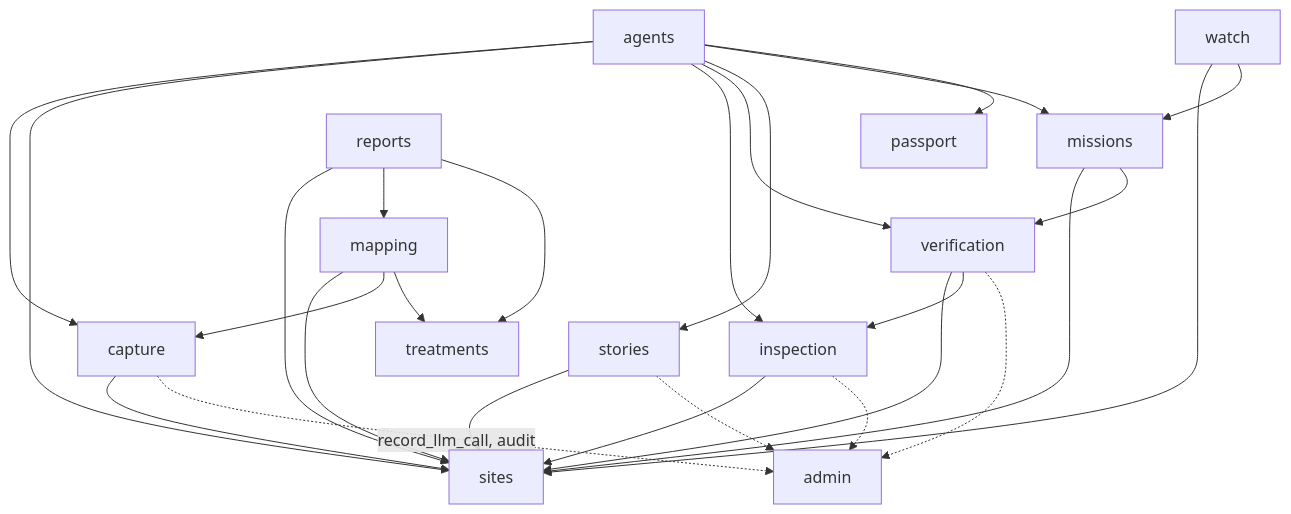
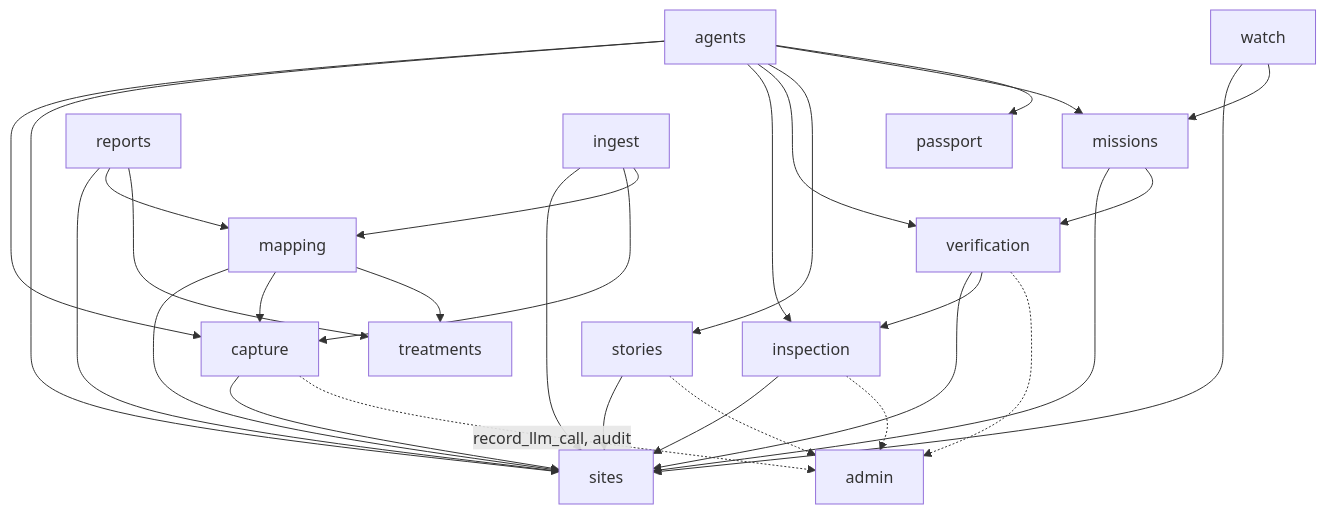
Before and after one commit to Muath477/Athar: the first of 8 diagrams in docs/03-architecture.md, drawn with Mermaid. The commit also changed other lines of this file and 4 other files, not shown here.

````diff
--- a/docs/03-architecture.md
+++ b/docs/03-architecture.md
@@ -43,29 +44,32 @@
 ```mermaid
 flowchart TD
   agents --> capture
   agents --> sites
   agents --> inspection
   agents --> verification
   agents --> stories
   agents --> missions
   agents --> passport
   capture --> sites
   inspection --> sites
   verification --> sites
   verification --> inspection
   stories --> sites
   missions --> sites
   missions --> verification
   reports --> sites
   reports --> mapping
   reports --> treatments
   watch --> sites
   watch --> missions
+  ingest --> sites
+  ingest --> capture
+  ingest --> mapping
   mapping --> sites
   mapping --> capture
   mapping --> treatments
   capture -.->|record_llm_call, audit| admin
   inspection -.-> admin
   verification -.-> admin
   stories -.-> admin
 ```
````
